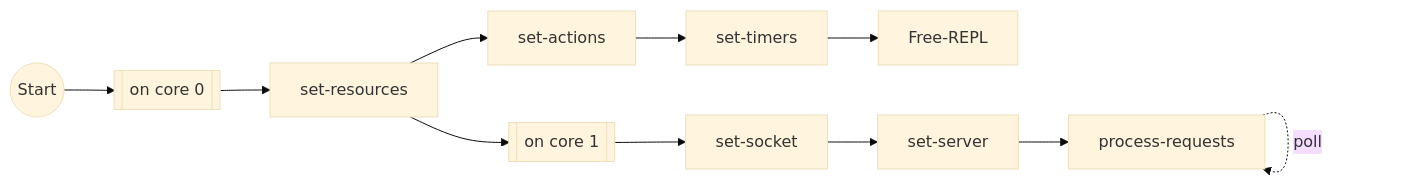
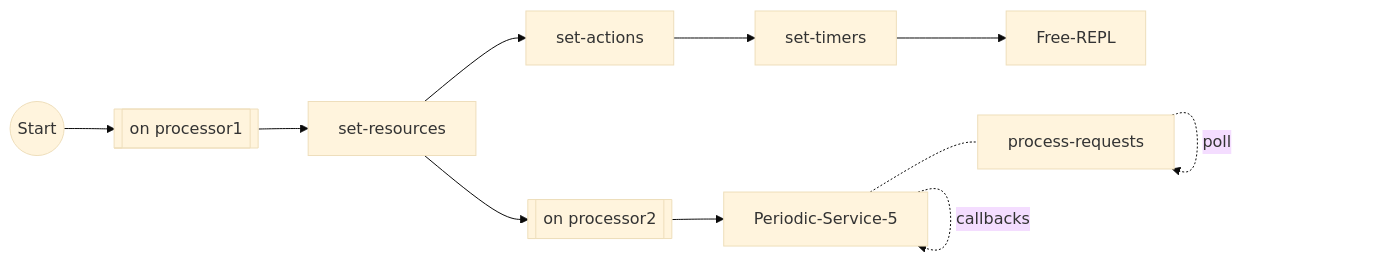
Before and after one commit to Trappy-Scopes/pico-incubator: the fourth of 11 diagrams in README.md, drawn with Mermaid (base theme). The commit also changed other lines of this file and 35 other files, not shown here.

````diff
--- a/README.md
+++ b/README.md
@@ -99,6 +140,7 @@
 ```mermaid
 graph LR
-	start((Start)) --> core0[[on core 0]] --> set-resources --> set-actions --> set-timers --> Free-REPL  
-	set-resources --> core1[[on core 1]] --> set-socket --> set-server --> process-requests
+	start((Start)) --> core0[[on processor1]] --> set-resources --> set-actions --> set-timers --> Free-REPL  
+	set-resources --> core1[[on processor2]] --> Periodic-Service-5 -.- process-requests
 	process-requests -.poll.-> process-requests
+	Periodic-Service-5 -.callbacks.-> Periodic-Service-5
 ```
````
